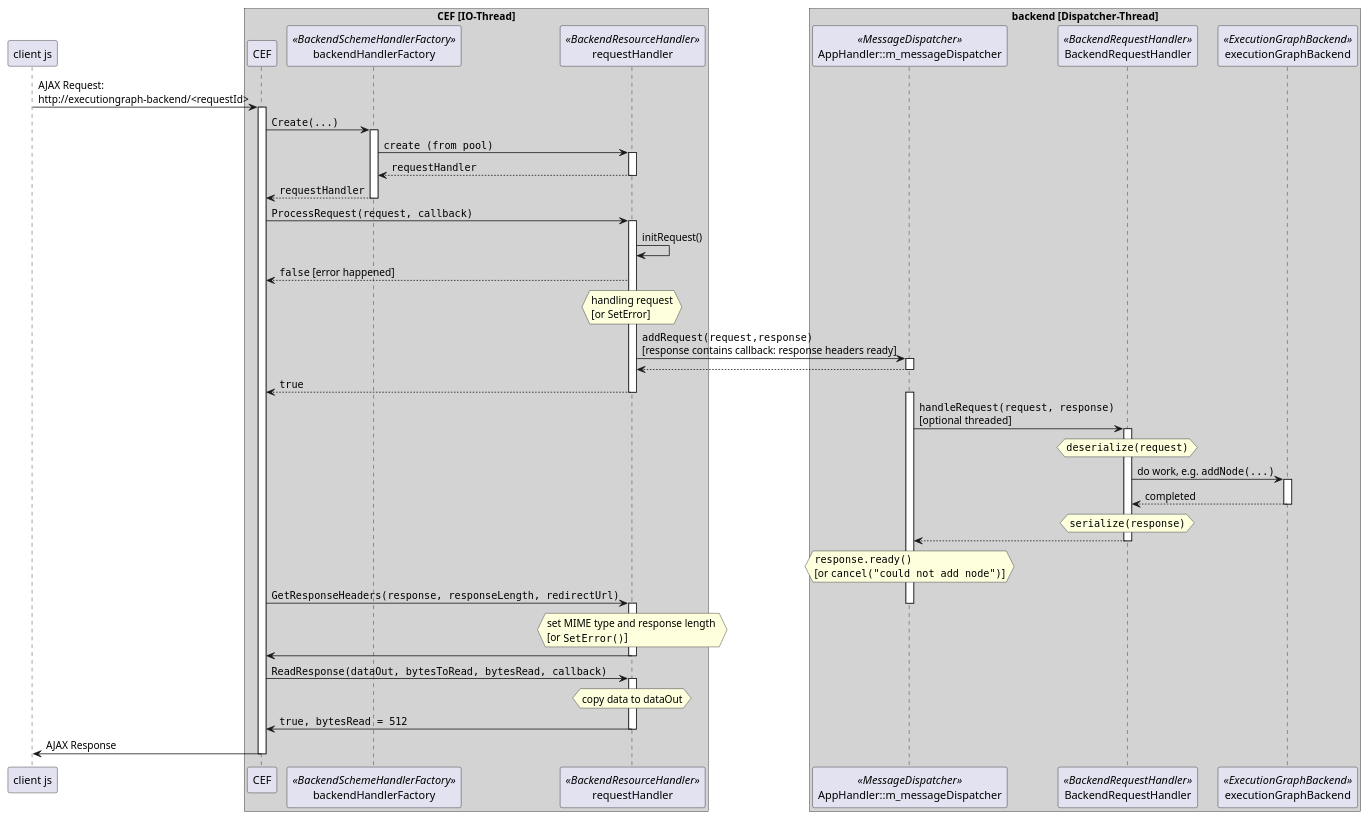
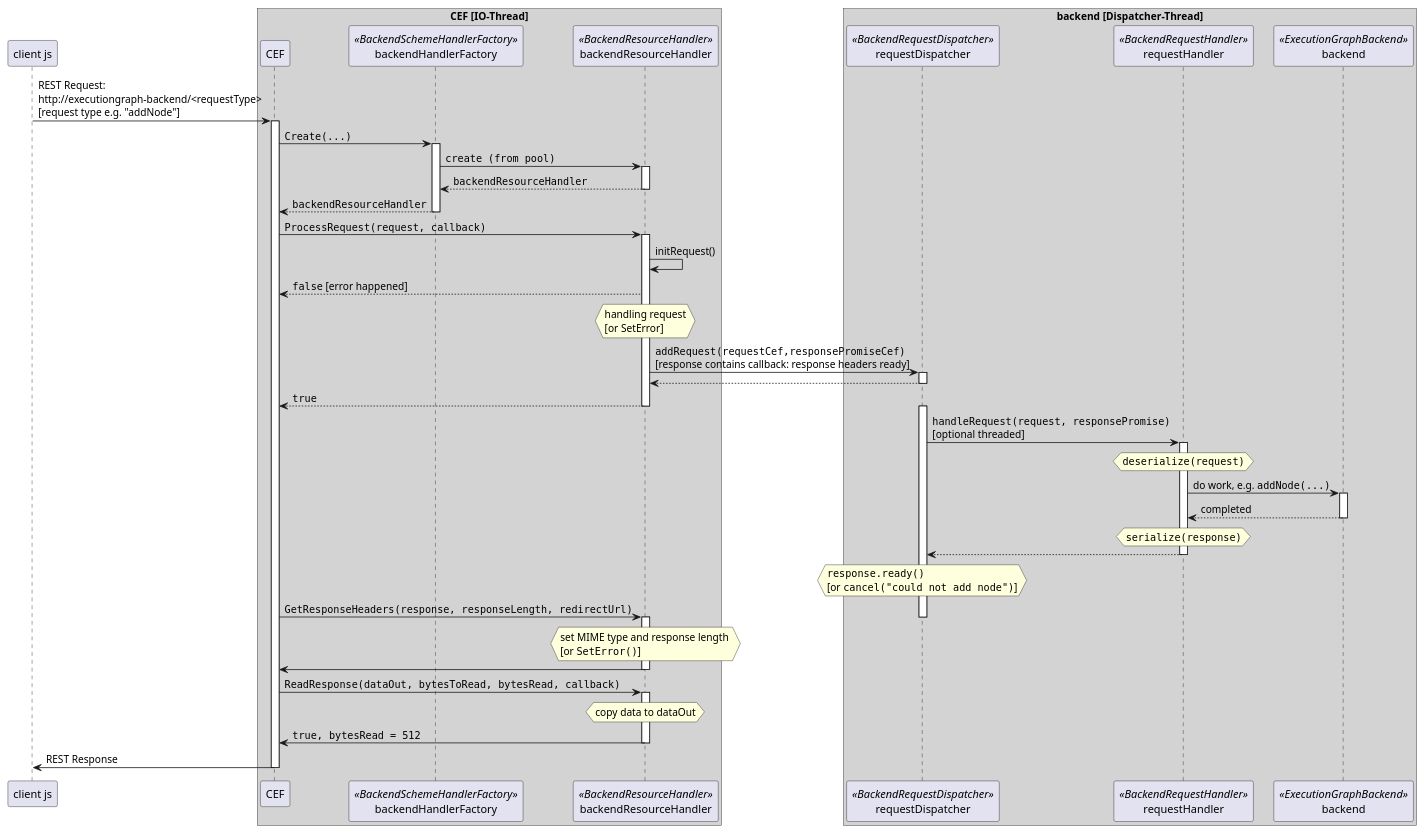
One commit to gabyx/ExecutionGraph changed the diagram in gui/specs/ajax-backend-comm.plantuml. Above: the diagram before and after it, drawn with PlantUML. The commit also changed 4 other files, not shown here.

```diff
--- a/gui/specs/ajax-backend-comm.plantuml
+++ b/gui/specs/ajax-backend-comm.plantuml
@@ -1,70 +1,70 @@
 @startuml
 participant client as "client js"
 
 box "CEF [IO-Thread]" #LightGrey
 participant CEF
 
 participant backendHandlerFactory << BackendSchemeHandlerFactory >>
-participant requestHandler << BackendResourceHandler >>
+participant backendResourceHandler << BackendResourceHandler >>
 end box
 
 box "backend [Dispatcher-Thread]" #LightGrey
-    participant messageDispatcher as "AppHandler::m_messageDispatcher" <<MessageDispatcher>>
-	participant BackendRequestHandler <<BackendRequestHandler>>
-    participant executionGraphBackend <<ExecutionGraphBackend>>
+    participant requestDispatcher <<BackendRequestDispatcher>>
+	participant requestHandler <<BackendRequestHandler>>
+    participant backend <<ExecutionGraphBackend>>
 end box
 
-client -> CEF : AJAX Request:\nhttp://executiongraph-backend/<requestId>
+client -> CEF : REST Request:\nhttp://executiongraph-backend/<requestType>\n[request type e.g. "addNode"]
 activate CEF
 
     CEF -> backendHandlerFactory : ""Create(...)"" 
     activate backendHandlerFactory
-        backendHandlerFactory -> requestHandler : ""create (from pool)""
-        activate requestHandler
-        backendHandlerFactory <-- requestHandler : ""requestHandler""
-        deactivate requestHandler
-        CEF <-- backendHandlerFactory : ""requestHandler""
+        backendHandlerFactory -> backendResourceHandler : ""create (from pool)""
+        activate backendResourceHandler
+        backendHandlerFactory <-- backendResourceHandler : ""backendResourceHandler""
+        deactivate backendResourceHandler
+        CEF <-- backendHandlerFactory : ""backendResourceHandler""
     deactivate backendHandlerFactory
 
-    CEF -> requestHandler : ""ProcessRequest(request, callback)""
-    activate requestHandler
-        requestHandler -> requestHandler : initRequest()
-        CEF <-- requestHandler : ""false"" [error happened]
-        hnote over requestHandler : handling request\n[or SetError]
-        requestHandler -> messageDispatcher : ""addRequest(request,response)""\n[response contains callback: response headers ready]
-        activate messageDispatcher
-        requestHandler <-- messageDispatcher :
-        deactivate messageDispatcher
-        CEF <-- requestHandler : ""true""
-    deactivate requestHandler
+    CEF -> backendResourceHandler : ""ProcessRequest(request, callback)""
+    activate backendResourceHandler
+        backendResourceHandler -> backendResourceHandler : initRequest()
+        CEF <-- backendResourceHandler : ""false"" [error happened]
+        hnote over backendResourceHandler : handling request\n[or SetError]
+        backendResourceHandler -> requestDispatcher : ""addRequest(requestCef,responsePromiseCef)""\n[response contains callback: response headers ready]
+        activate requestDispatcher
+        backendResourceHandler <-- requestDispatcher :
+        deactivate requestDispatcher
+        CEF <-- backendResourceHandler : ""true""
+    deactivate backendResourceHandler
 
     
-    activate messageDispatcher
-        messageDispatcher -> BackendRequestHandler : ""handleRequest(request, response)""\n[optional threaded]
-        activate BackendRequestHandler
-            hnote over BackendRequestHandler: ""deserialize(request)""
-            BackendRequestHandler -> executionGraphBackend : do work, e.g. ""addNode(...)""
-            activate executionGraphBackend
-                BackendRequestHandler <-- executionGraphBackend : completed
-            deactivate executionGraphBackend
-            hnote over BackendRequestHandler: ""serialize(response)""
-            messageDispatcher <-- BackendRequestHandler
-        deactivate BackendRequestHandler
-    hnote over messageDispatcher: ""response.ready()""\n[or ""cancel("could not add node")""]
+    activate requestDispatcher
+        requestDispatcher -> requestHandler : ""handleRequest(request, responsePromise)""\n[optional threaded]
+        activate requestHandler
+            hnote over requestHandler: ""deserialize(request)""
+            requestHandler -> backend : do work, e.g. ""addNode(...)""
+            activate backend
+                requestHandler <-- backend : completed
+            deactivate backend
+            hnote over requestHandler: ""serialize(response)""
+            requestDispatcher <-- requestHandler
+        deactivate requestHandler
+    hnote over requestDispatcher: ""response.ready()""\n[or ""cancel("could not add node")""]
 
-    CEF -> requestHandler : ""GetResponseHeaders(response, responseLength, redirectUrl)""
-    deactivate messageDispatcher 
-    activate requestHandler
-        hnote over requestHandler: set MIME type and response length \n[or ""SetError()""]
-        CEF <- requestHandler
-    deactivate requestHandler
+    CEF -> backendResourceHandler : ""GetResponseHeaders(response, responseLength, redirectUrl)""
+    deactivate requestDispatcher 
+    activate backendResourceHandler
+        hnote over backendResourceHandler: set MIME type and response length \n[or ""SetError()""]
+        CEF <- backendResourceHandler
+    deactivate backendResourceHandler
 
-    CEF -> requestHandler : ""ReadResponse(dataOut, bytesToRead, bytesRead, callback)""
-    activate requestHandler
-        hnote over requestHandler: copy data to dataOut
-        CEF <- requestHandler : ""true, bytesRead = 512""
-    deactivate requestHandler
+    CEF -> backendResourceHandler : ""ReadResponse(dataOut, bytesToRead, bytesRead, callback)""
+    activate backendResourceHandler
+        hnote over backendResourceHandler: copy data to dataOut
+        CEF <- backendResourceHandler : ""true, bytesRead = 512""
+    deactivate backendResourceHandler
 
-    CEF -> client : AJAX Response
+    CEF -> client : REST Response
 deactivate CEF
 @enduml
```
